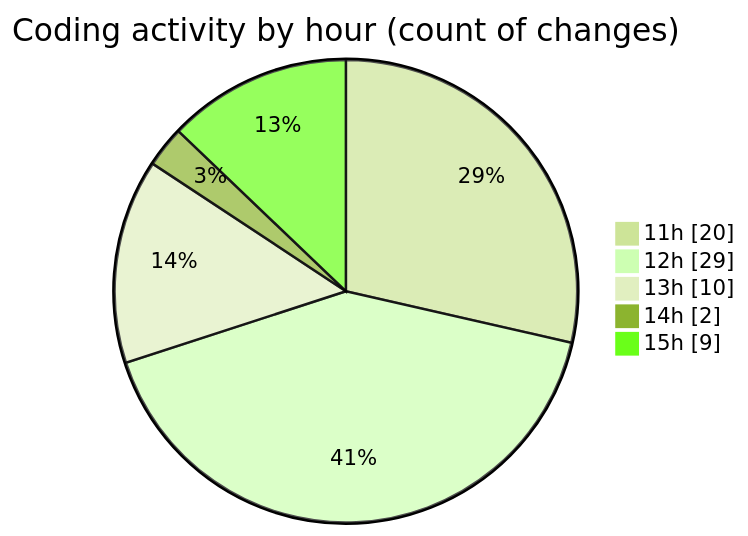
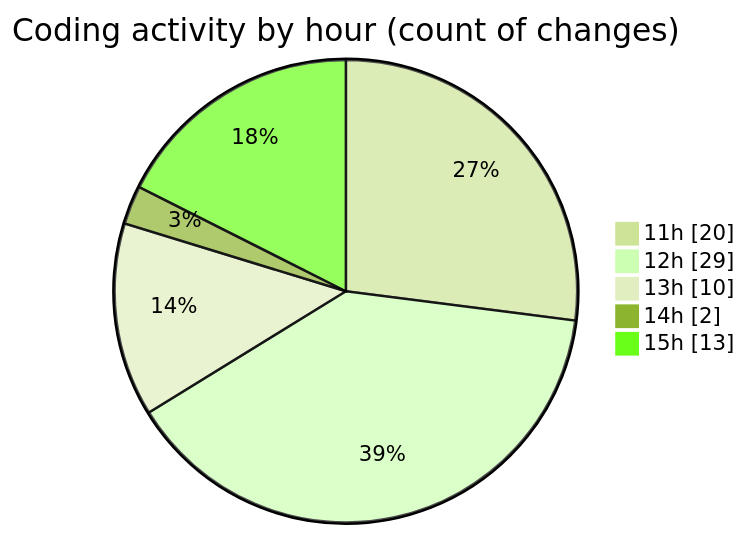
One commit to nxtqubesakshisongat/code-tracking changed the second of 2 diagrams in 2025-12-11/nxtqube_webapp/README.md. Above: the diagram before and after it, drawn with Mermaid (forest theme). The commit also changed other lines of this file and 1 other file, not shown here.

````diff
--- a/2025-12-11/nxtqube_webapp/README.md
+++ b/2025-12-11/nxtqube_webapp/README.md
@@ -40,9 +41,9 @@
 ```mermaid
 pie showData
 title Coding activity by hour (count of changes)
 "11h" : 20
 "12h" : 29
 "13h" : 10
 "14h" : 2
-"15h" : 9
+"15h" : 13
 ```
````
